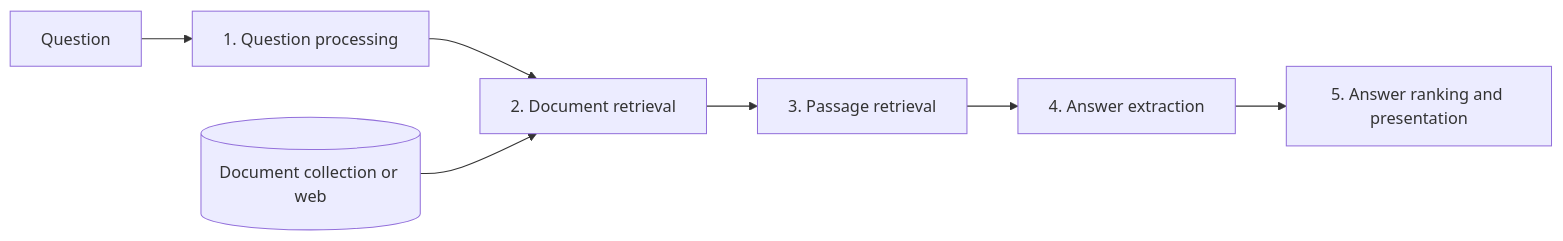
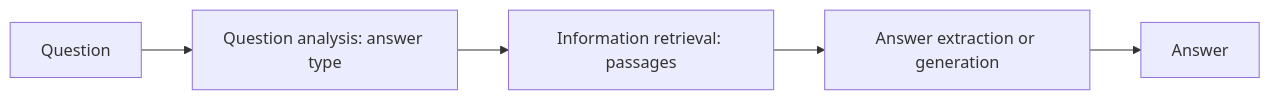
Before and after one commit to TrendySloth1001/sem-seven-notes: the diagram in content/natural-language-processing/pyq/2023-12-ce/q6a.mdx, drawn with Mermaid. The commit also changed other lines of this file and 406 other files, not shown here.

````diff
--- a/content/natural-language-processing/pyq/2023-12-ce/q6a.mdx
+++ b/content/natural-language-processing/pyq/2023-12-ce/q6a.mdx
@@ -11,10 +17,5 @@
 ```mermaid
-%% caption: The question is analysed, documents and passages are retrieved, and the answer is extracted, ranked and shown.
+%% caption: The three stages of a QA pipeline.
 flowchart LR
-  Q["Question"] --> A["1. Question processing"]
-  A --> B["2. Document retrieval"]
-  B --> C["3. Passage retrieval"]
-  C --> D["4. Answer extraction"]
-  D --> E["5. Answer ranking and presentation"]
-  K[("Document collection or web")] --> B
+  Q["Question"] --> A["Question analysis: answer type"] --> B["Information retrieval: passages"] --> C["Answer extraction or generation"] --> D["Answer"]
 ```
````
